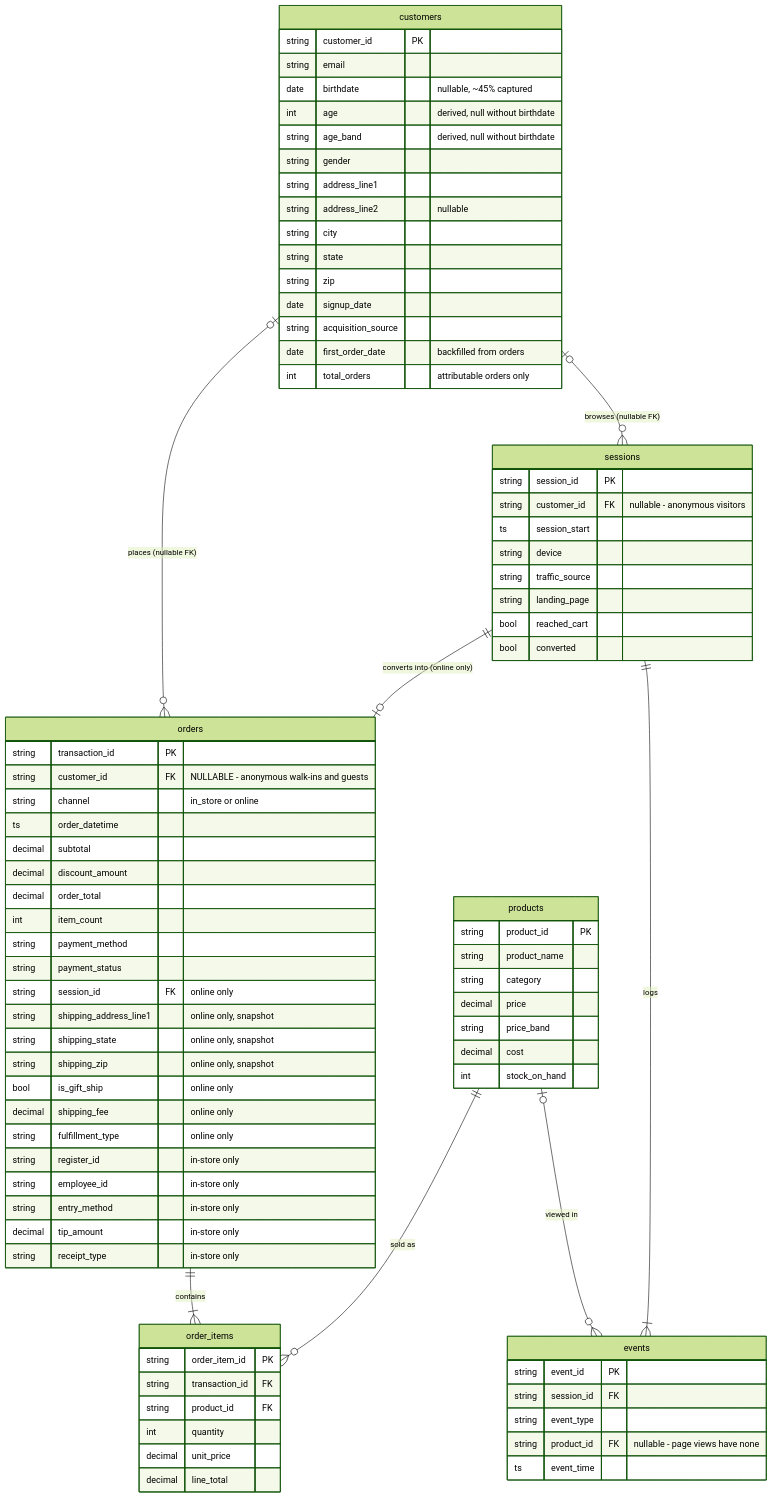
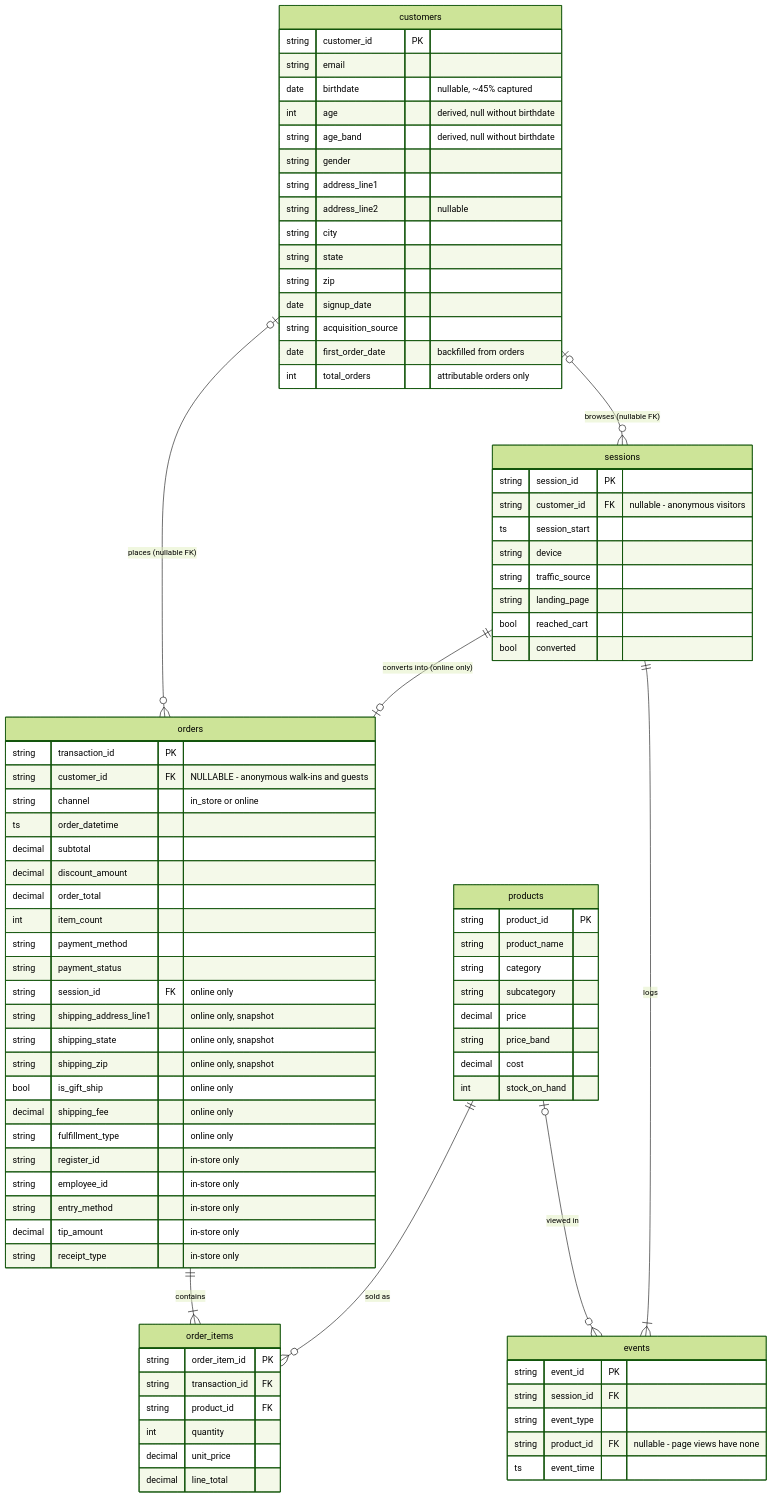
One commit to sglenn7/capfinch-data changed the diagram in README.md. Above: the diagram before and after it, drawn with Mermaid (forest theme). The commit also changed other lines of this file and 5 other files, not shown here.

```diff
--- a/README.md
+++ b/README.md
@@ -87,6 +87,7 @@
         string  product_id PK
         string  product_name
         string  category
+        string  subcategory
         decimal price
         string  price_band
         decimal cost
```
